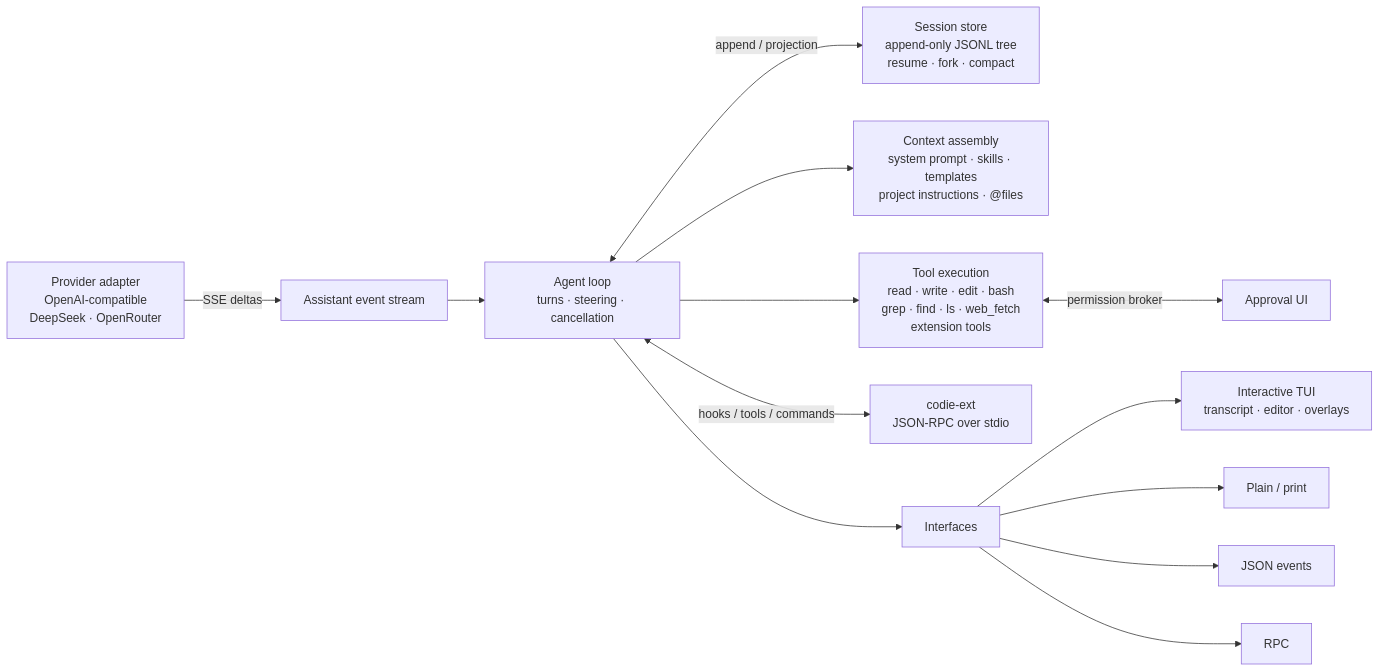
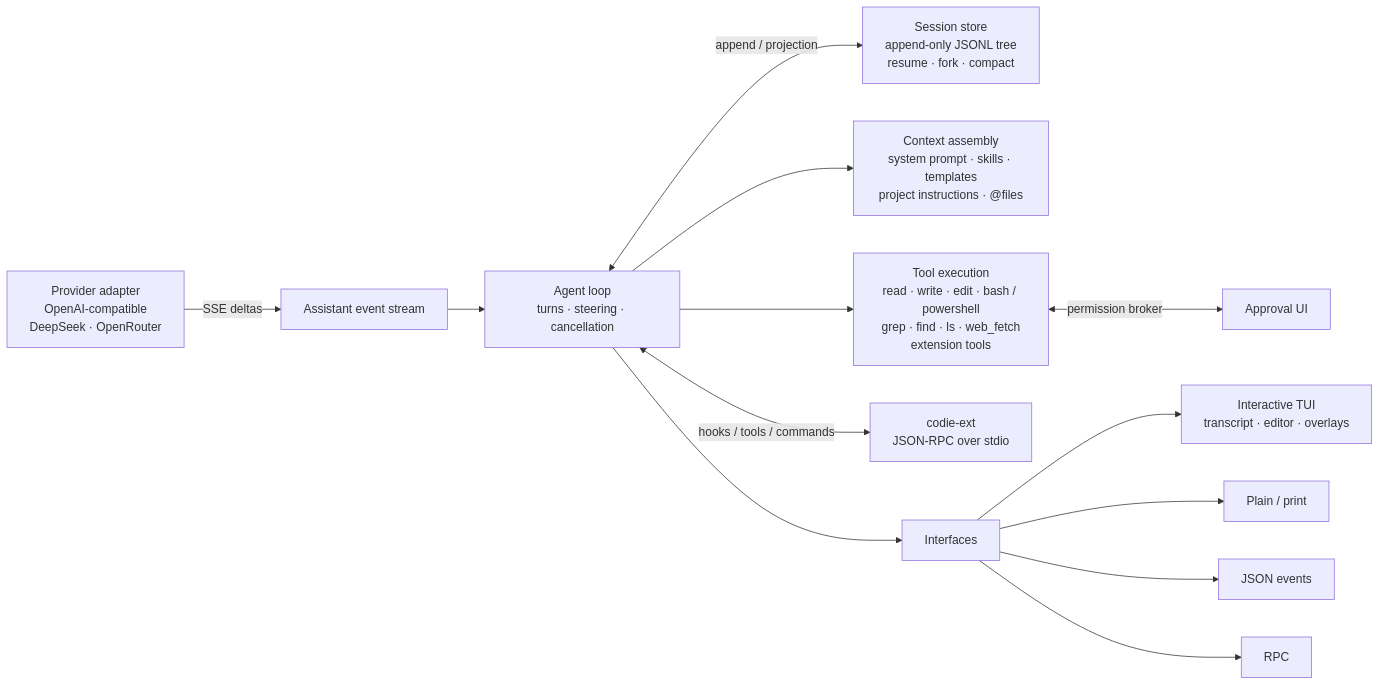
The first of 2 diagrams in README.md (amardeepio/codie), drawn with Mermaid before and after one commit. The commit also changed other lines of this file and 51 other files, not shown here.

````diff
--- a/README.md
+++ b/README.md
@@ -63,15 +65,15 @@
 ```mermaid
 flowchart LR
     P["Provider adapter<br/>OpenAI-compatible<br/>DeepSeek · OpenRouter"] -->|"SSE deltas"| S["Assistant event stream"]
     S --> L["Agent loop<br/>turns · steering · cancellation"]
     L <-->|"append / projection"| DB["Session store<br/>append-only JSONL tree<br/>resume · fork · compact"]
     L --> PM["Context assembly<br/>system prompt · skills · templates<br/>project instructions · @files"]
-    L --> T["Tool execution<br/>read · write · edit · bash<br/>grep · find · ls · web_fetch<br/>extension tools"]
+    L --> T["Tool execution<br/>read · write · edit · bash / powershell<br/>grep · find · ls · web_fetch<br/>extension tools"]
     T <-->|"permission broker"| A["Approval UI"]
     L <-->|"hooks / tools / commands"| X["codie-ext<br/>JSON-RPC over stdio"]
     L --> M["Interfaces"]
     M --> I["Interactive TUI<br/>transcript · editor · overlays"]
     M --> PL["Plain / print"]
     M --> J["JSON events"]
     M --> R["RPC"]
 ```
````
